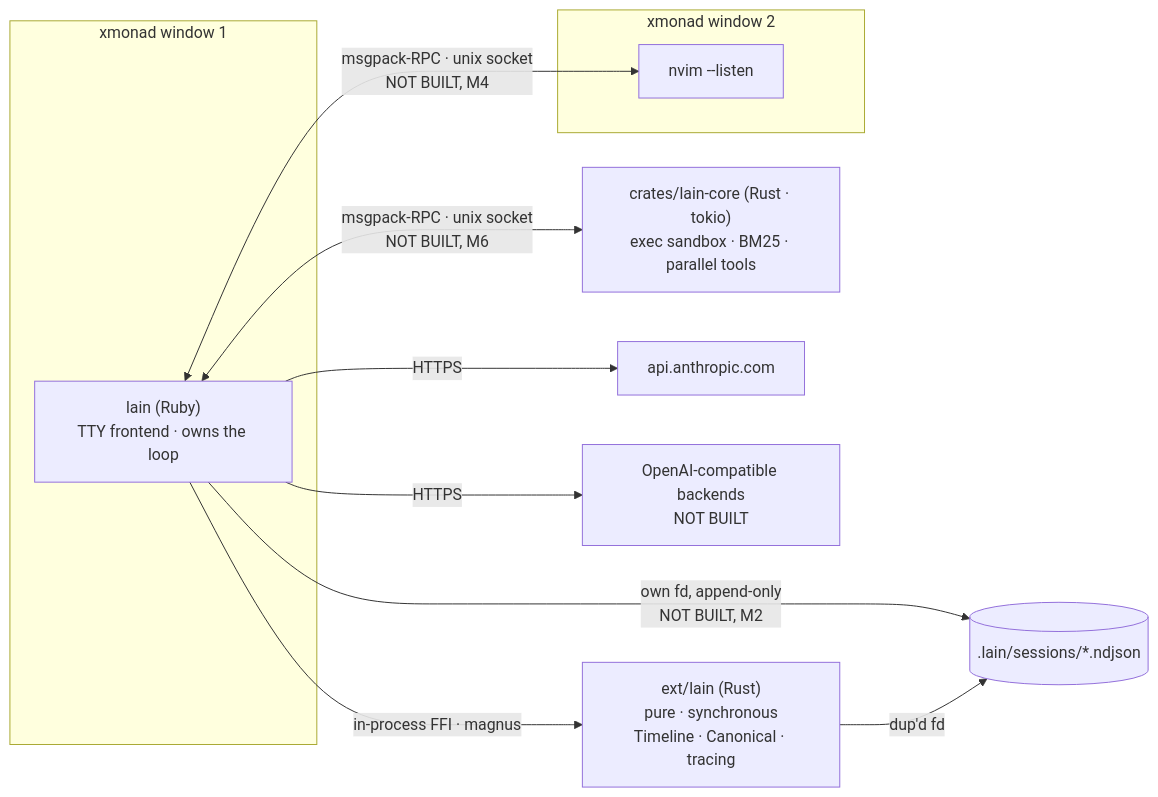
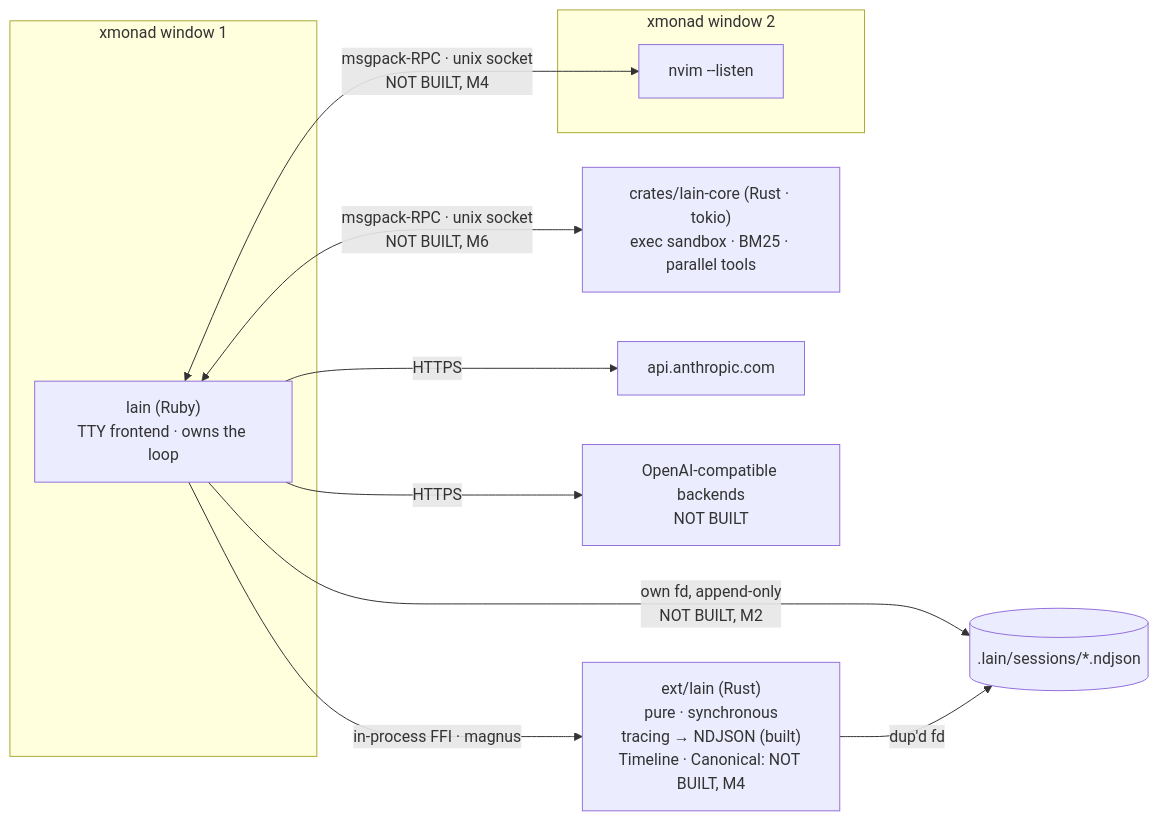
Before and after one commit to liaden/lain: the first of 2 diagrams in README.md, drawn with Mermaid. The commit also changed other lines of this file, not shown here.

First paragraph of the commit message:
README: correct stale net/http and ext/lain build-state claims
The README is the front door and the docs discipline is to stay honest
about what is built versus planned. Two passages had drifted from
actual state and would mislead a reader about what exists today.

````diff
--- a/README.md
+++ b/README.md
@@ -85,16 +85,16 @@
 ```mermaid
 flowchart LR
   subgraph w1["xmonad window 1"]
     TTY["lain (Ruby)<br/>TTY frontend · owns the loop"]
   end
   subgraph w2["xmonad window 2"]
     NVIM["nvim --listen"]
   end
   TTY <-->|msgpack-RPC · unix socket<br/>NOT BUILT, M4| NVIM
-  TTY -->|in-process FFI · magnus| EXT["ext/lain (Rust)<br/>pure · synchronous<br/>Timeline · Canonical · tracing"]
+  TTY -->|in-process FFI · magnus| EXT["ext/lain (Rust)<br/>pure · synchronous<br/>tracing → NDJSON (built)<br/>Timeline · Canonical: NOT BUILT, M4"]
   TTY <-->|msgpack-RPC · unix socket<br/>NOT BUILT, M6| CORE["crates/lain-core (Rust · tokio)<br/>exec sandbox · BM25 · parallel tools"]
   TTY -->|HTTPS| ANTH["api.anthropic.com"]
   TTY -->|HTTPS| OAI["OpenAI-compatible backends<br/>NOT BUILT"]
   TTY -->|own fd, append-only<br/>NOT BUILT, M2| J[(".lain/sessions/*.ndjson")]
   EXT -->|dup'd fd| J
 ```
````
